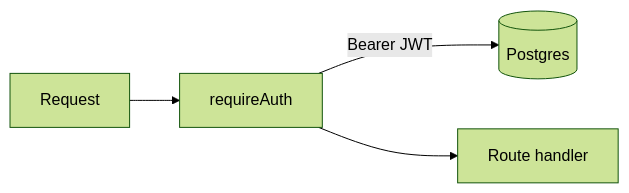
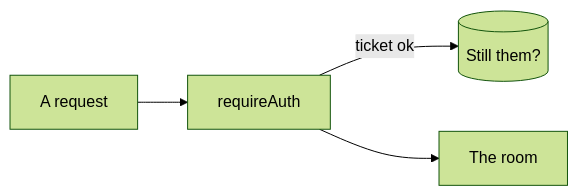
One commit to sreecharan-desu/hackx-slides changed the diagram in content/tracks/backend-from-zero/lessons/15-auth-middleware.md. Above: the diagram before and after it, drawn with Mermaid (forest theme). The commit also changed other lines of this file and 35 other files, not shown here.

````diff
--- a/content/tracks/backend-from-zero/lessons/15-auth-middleware.md
+++ b/content/tracks/backend-from-zero/lessons/15-auth-middleware.md
@@ -10,6 +10,6 @@
 ```mermaid
 flowchart LR
-  REQ[Request] --> MW[requireAuth]
-  MW -->|Bearer JWT| DB[(Postgres)]
-  MW --> H[Route handler]
+  REQ[A request] --> MW[requireAuth]
+  MW -->|ticket ok| DB[(Still them?)]
+  MW --> H[The room]
 ```
````
